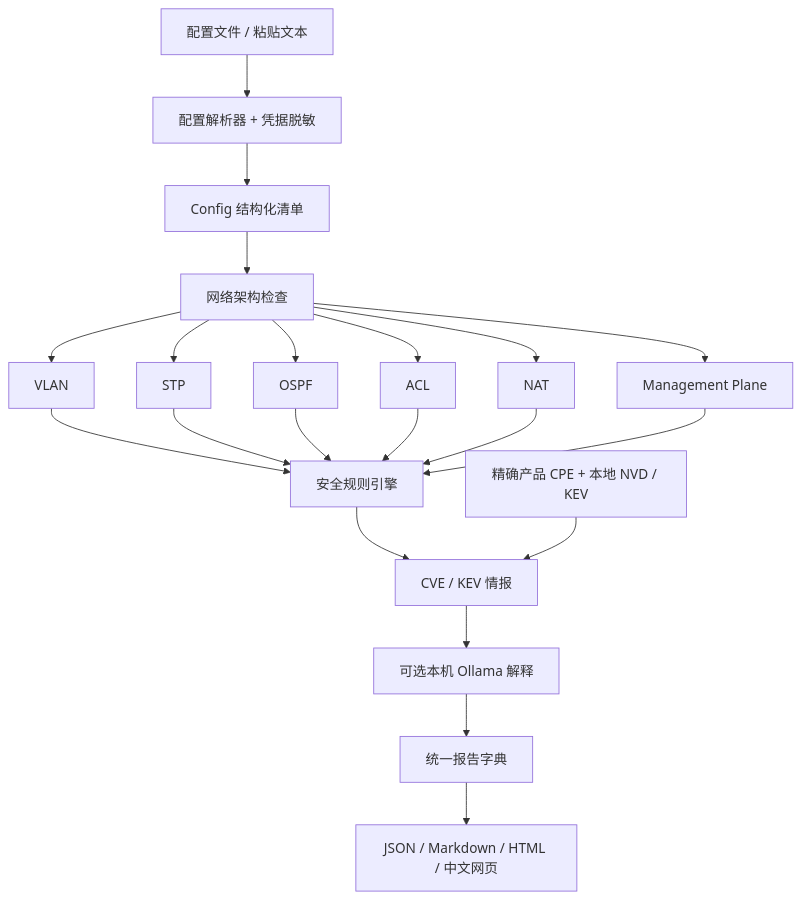
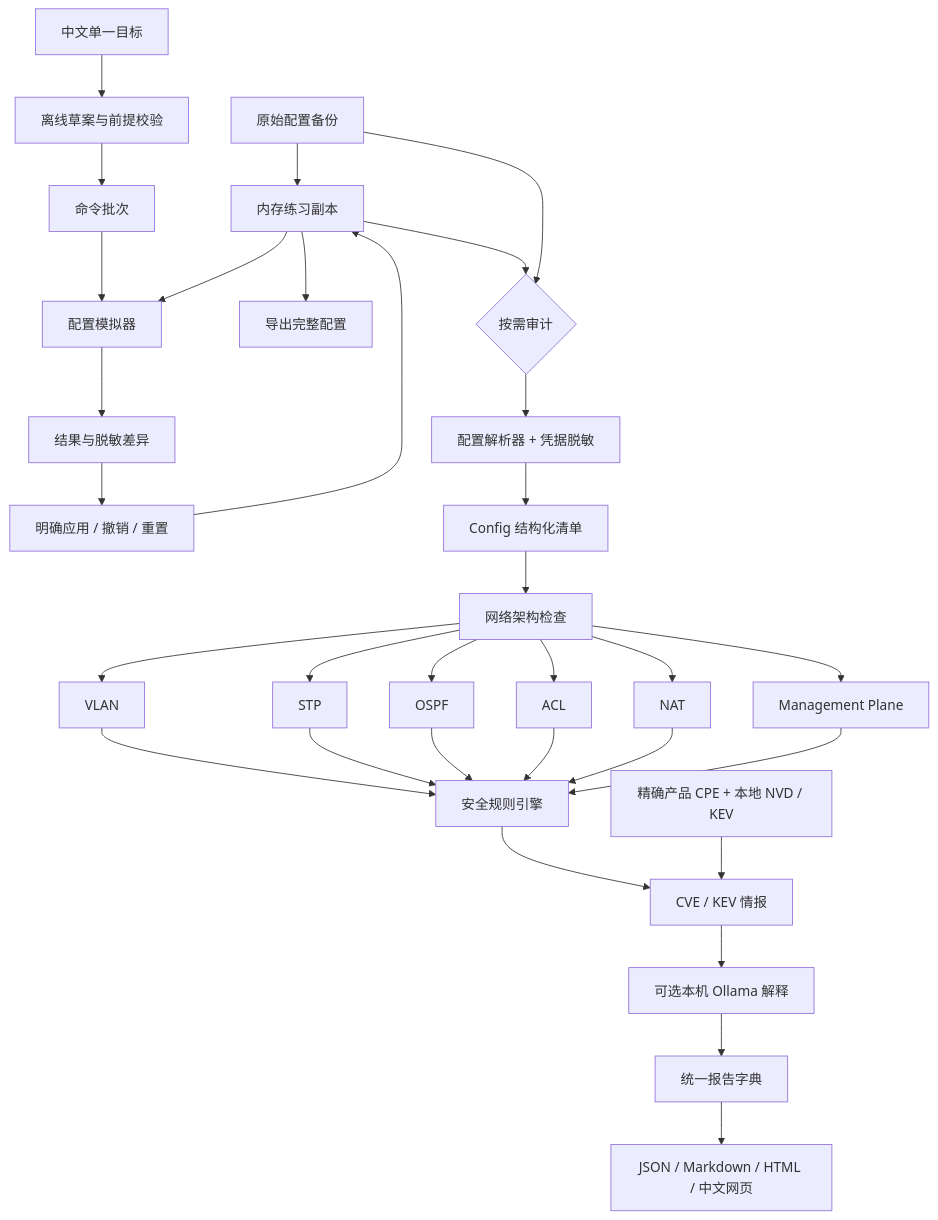
The diagram in docs/ARCHITECTURE.md (klwb360/NetConfig-Auditor), drawn with Mermaid before and after one commit. The commit also changed other lines of this file and 28 other files, not shown here.

````diff
--- a/docs/ARCHITECTURE.md
+++ b/docs/ARCHITECTURE.md
@@ -5,23 +5,34 @@
 ```mermaid
 flowchart TD
-    INPUT[配置文件 / 粘贴文本] --> P[配置解析器 + 凭据脱敏]
+    INPUT[原始配置备份] --> COPY[内存练习副本]
+    GOAL[中文单一目标] --> PLAN[离线草案与前提校验]
+    PLAN --> COMMANDS[命令批次]
+    COMMANDS --> SIM[配置模拟器]
+    COPY --> SIM
+    SIM --> PREVIEW[结果与脱敏差异]
+    PREVIEW --> APPLY[明确应用 / 撤销 / 重置]
+    APPLY --> COPY
+    COPY --> CFG[导出完整配置]
+    COPY --> OPTIONAL{按需审计}
+    INPUT --> OPTIONAL
+    OPTIONAL --> P[配置解析器 + 凭据脱敏]
     P --> M[Config 结构化清单]
     M --> A[网络架构检查]
     A --> VLAN[VLAN]
     A --> STP[STP]
     A --> OSPF[OSPF]
     A --> ACL[ACL]
     A --> NAT[NAT]
     A --> MGMT[Management Plane]
     VLAN --> RULES[安全规则引擎]
     STP --> RULES
     OSPF --> RULES
     ACL --> RULES
     NAT --> RULES
     MGMT --> RULES
     RULES --> INTEL[CVE / KEV 情报]
     LOCAL[精确产品 CPE + 本地 NVD / KEV] --> INTEL
     INTEL --> AI[可选本机 Ollama 解释]
     AI --> REPORT[统一报告字典]
     REPORT --> OUT[JSON / Markdown / HTML / 中文网页]
 ```
````
